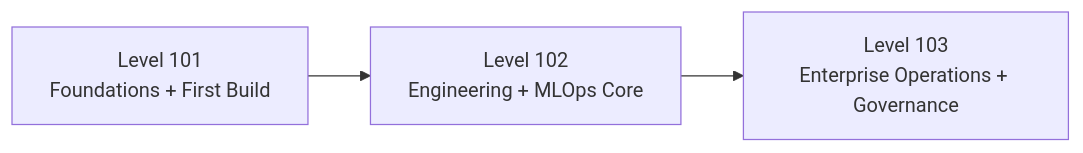
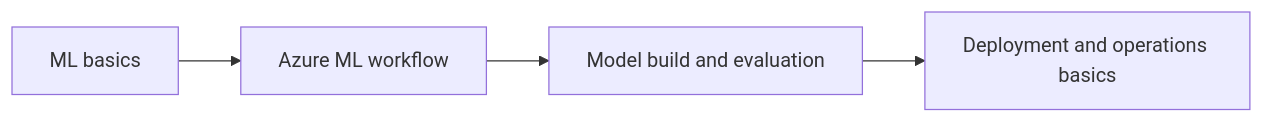
One commit to Cloud2BR-TEC/ai-academy-101-ml changed the diagram in docs/index.md. Above: the diagram before and after it, drawn with Mermaid. The commit also changed other lines of this file and 35 other files, not shown here.

Commit message:
Fix diagram text overlap and finalize Course 101 content

````diff
--- a/docs/index.md
+++ b/docs/index.md
@@ -9,5 +11,6 @@
 ```mermaid
 graph LR
-    A[Level 101<br/>Foundations + First Build] --> B[Level 102<br/>Engineering + MLOps Core]
-    B --> C[Level 103<br/>Enterprise Operations + Governance]
+	A[ML basics] --> B[Azure ML workflow]
+	B --> C[Model build and evaluation]
+	C --> D[Deployment and operations basics]
 ```
````
